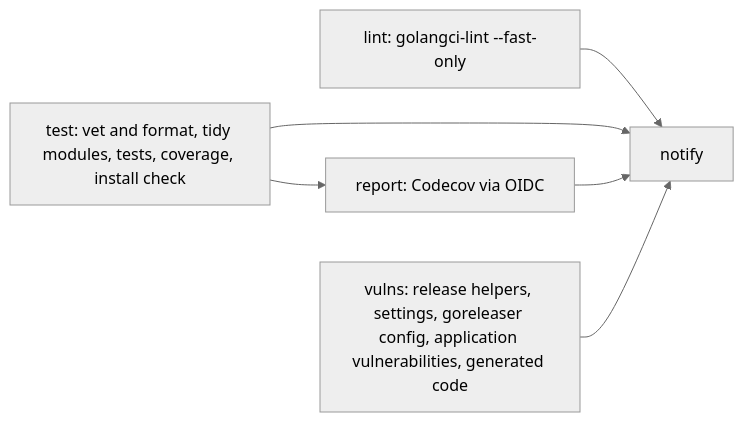
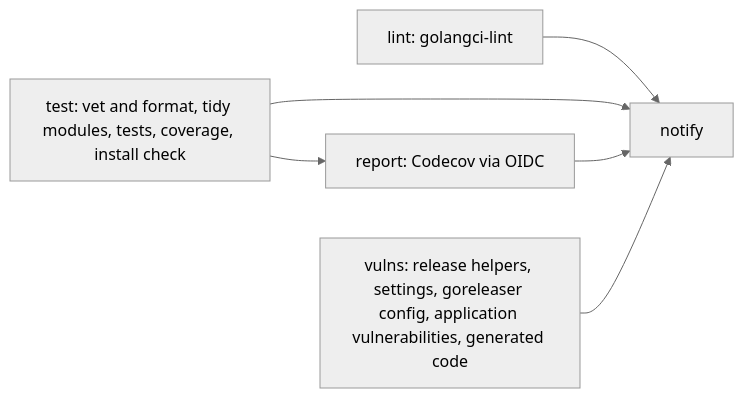
The second of 10 diagrams in .github/workflows/README.md (octomation/maintainer), drawn with Mermaid (neutral theme) before and after one commit. The commit also changed 13 other files, not shown here.

````diff
--- a/.github/workflows/README.md
+++ b/.github/workflows/README.md
@@ -82,7 +82,7 @@
 ```mermaid
 flowchart LR
-  lint[lint: golangci-lint --fast-only]
+  lint[lint: golangci-lint]
   test[test: vet and format, tidy modules, tests, coverage, install check] --> report[report: Codecov via OIDC]
   vulns[vulns: release helpers, settings, goreleaser config, application vulnerabilities, generated code]
   lint & test & report & vulns --> notify[notify]
 ```
````
